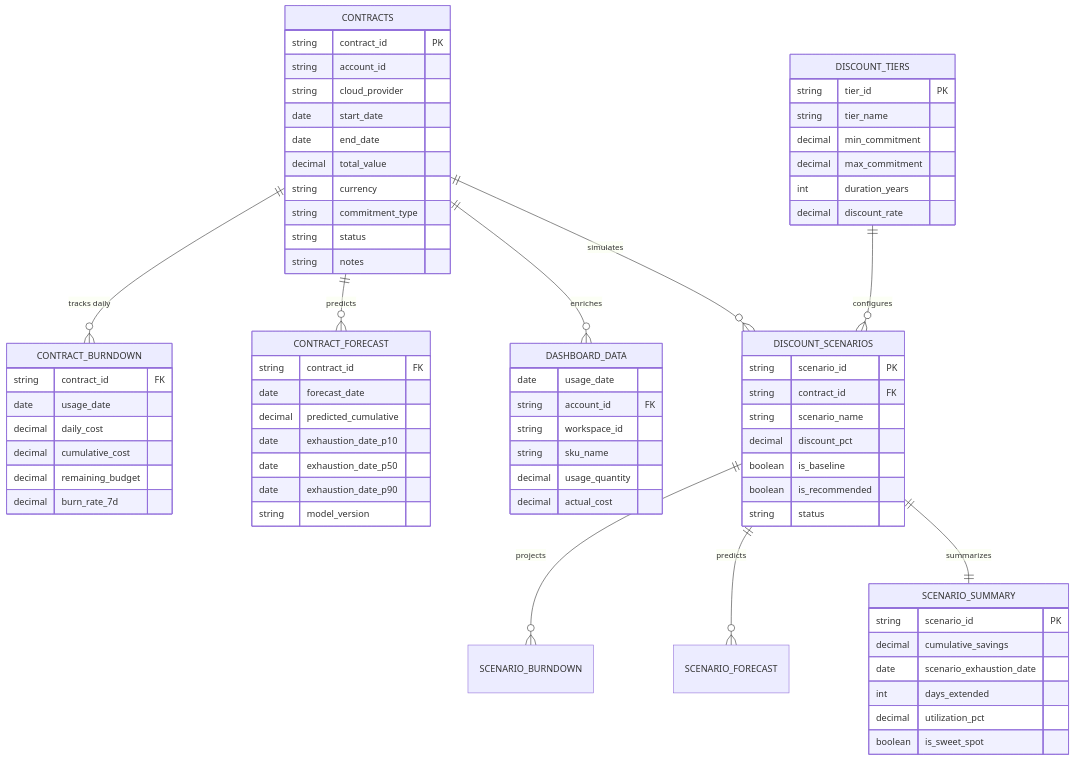
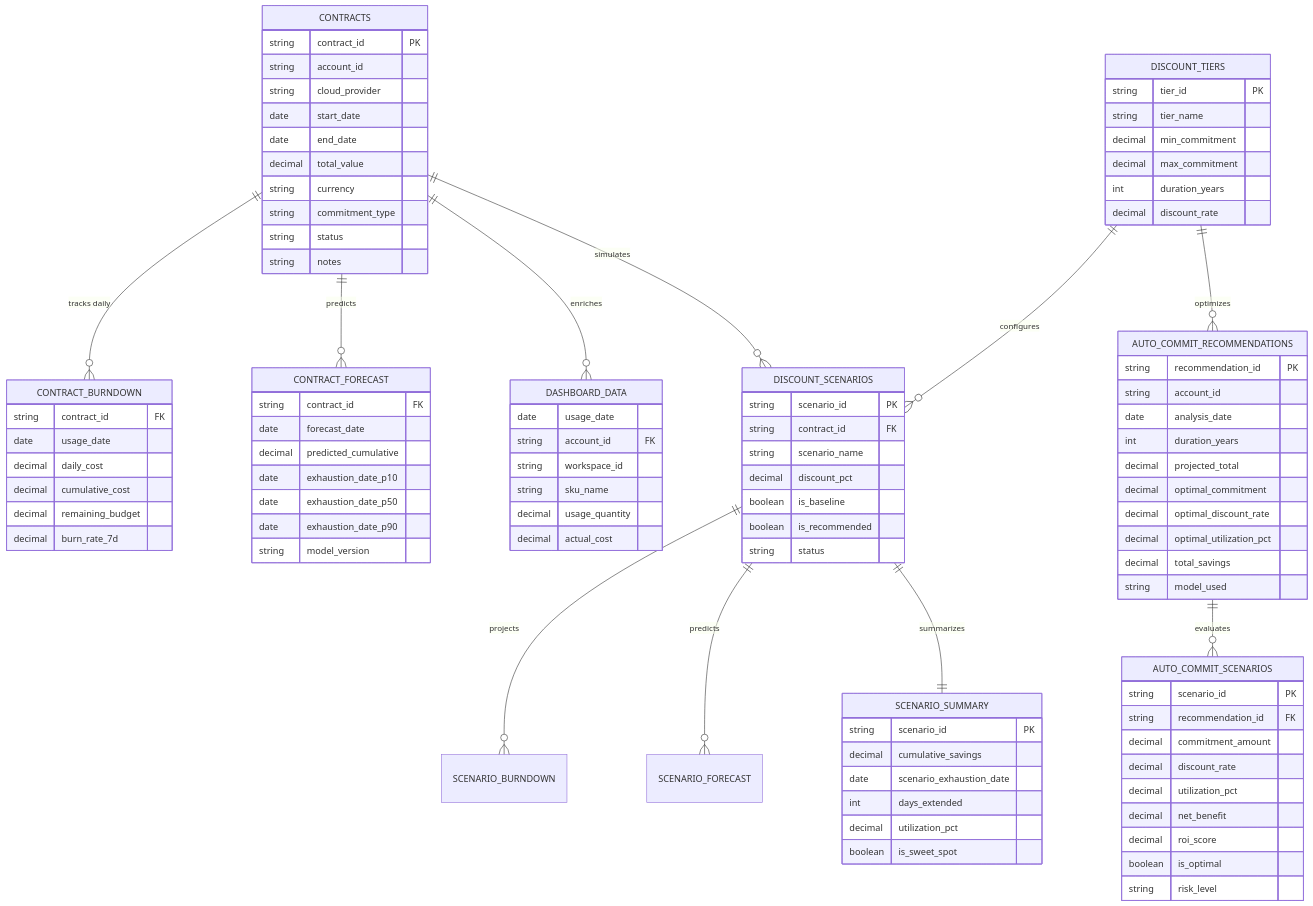
Before and after one commit to LaurentPRAT-DB/ACME_Workspace_Usage_Dashboard: the third of 10 diagrams in README.md, drawn with Mermaid. The commit also changed other lines of this file and 1 other file, not shown here.

First line of the commit message:
Update documentation for Auto-Commit Optimizer feature (v1.18.0)

````diff
--- a/README.md
+++ b/README.md
@@ -225,6 +228,8 @@
     DISCOUNT_SCENARIOS ||--o{ SCENARIO_BURNDOWN : "projects"
     DISCOUNT_SCENARIOS ||--o{ SCENARIO_FORECAST : "predicts"
     DISCOUNT_SCENARIOS ||--|| SCENARIO_SUMMARY : "summarizes"
+    DISCOUNT_TIERS ||--o{ AUTO_COMMIT_RECOMMENDATIONS : "optimizes"
+    AUTO_COMMIT_RECOMMENDATIONS ||--o{ AUTO_COMMIT_SCENARIOS : "evaluates"
 
     CONTRACTS {
         string contract_id PK
@@ -294,4 +299,29 @@
         decimal utilization_pct
         boolean is_sweet_spot
     }
+
+    AUTO_COMMIT_RECOMMENDATIONS {
+        string recommendation_id PK
+        string account_id
+        date analysis_date
+        int duration_years
+        decimal projected_total
+        decimal optimal_commitment
+        decimal optimal_discount_rate
+        decimal optimal_utilization_pct
+        decimal total_savings
+        string model_used
+    }
+
+    AUTO_COMMIT_SCENARIOS {
+        string scenario_id PK
+        string recommendation_id FK
+        decimal commitment_amount
+        decimal discount_rate
+        decimal utilization_pct
+        decimal net_benefit
+        decimal roi_score
+        boolean is_optimal
+        string risk_level
+    }
 ```
````
